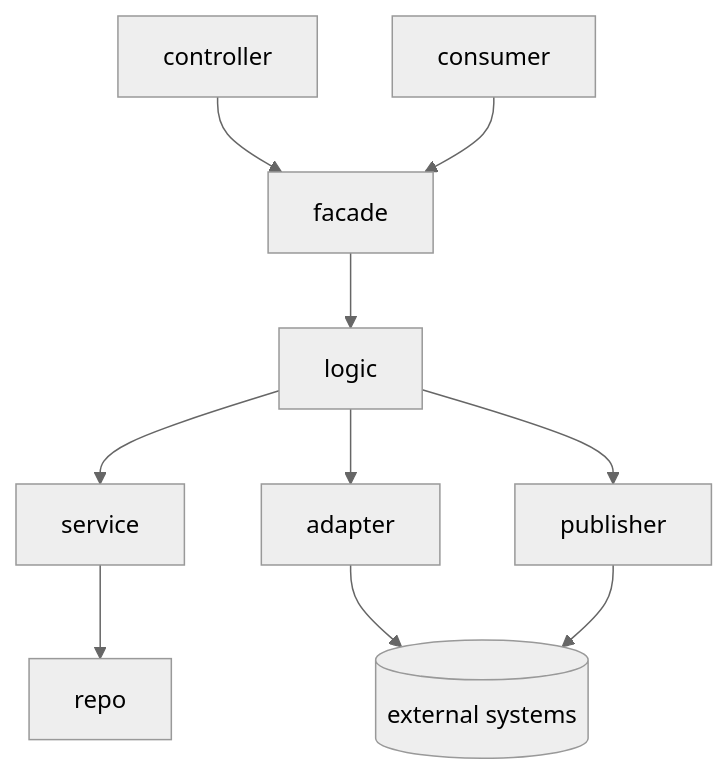
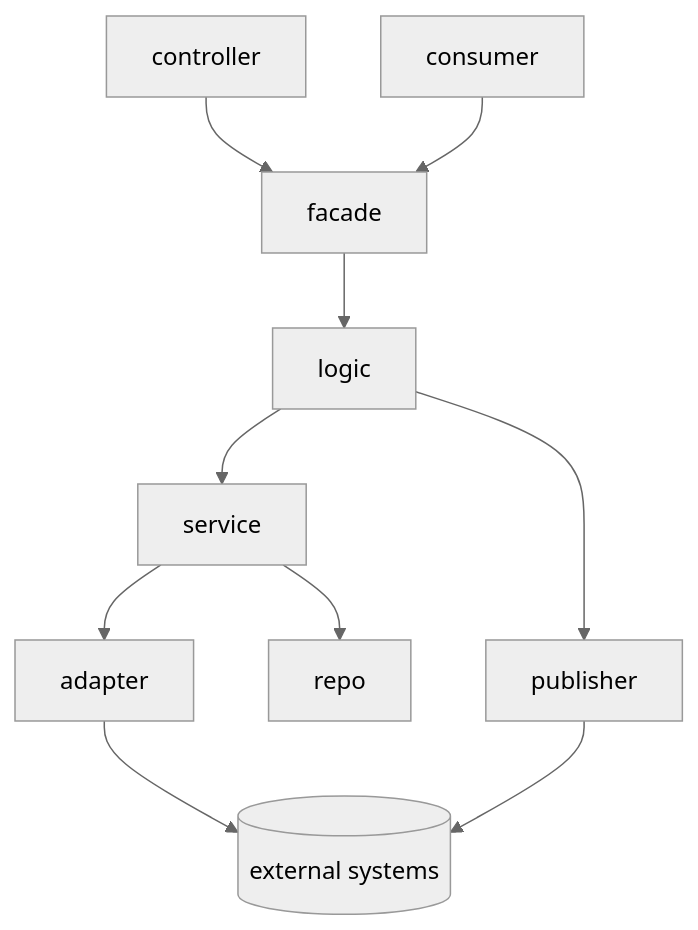
The diagram in principles/project-structure.md (MarchTs/coding-principle), drawn with Mermaid (neutral theme) before and after one commit. The commit also changed other lines of this file, not shown here.

Commit message:
Clarify adapter and service layering

````diff
--- a/principles/project-structure.md
+++ b/principles/project-structure.md
@@ -15,12 +15,12 @@
 ```mermaid
 graph TD
   controller[controller] --> facade[facade]
   consumer[consumer] --> facade
   facade --> logic[logic]
   logic --> service[service]
-  logic --> adapter[adapter]
   logic --> publisher[publisher]
   service --> repo[repo]
+  service --> adapter[adapter]
   adapter --> external[(external systems)]
   publisher --> external
 ```
````
